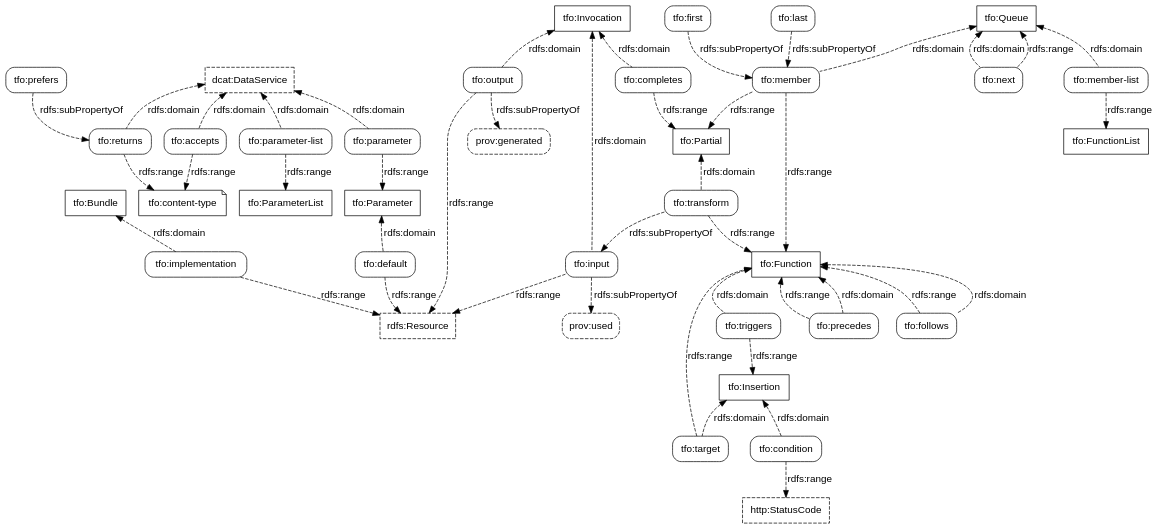
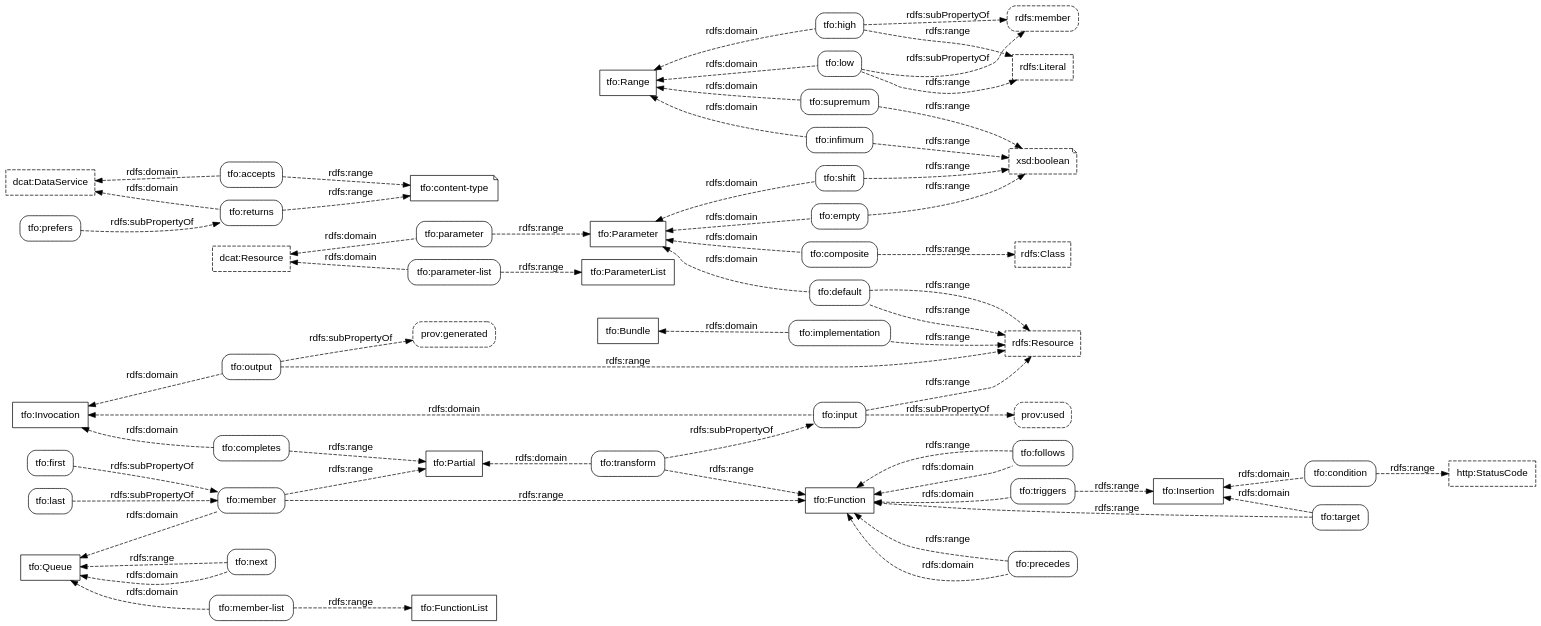
One commit to doriantaylor/owl-transformation changed the diagram in transformation-properties.dot. Above: the diagram before and after it, drawn with Graphviz. The commit also changed 3 other files, not shown here.

Commit message:
added parameter composite and range stuff

```diff
--- a/transformation-properties.dot
+++ b/transformation-properties.dot
@@ -1,138 +1,182 @@
 digraph {
-    graph [bgcolor=transparent,rankdir=TB];
+    graph [bgcolor=transparent,rankdir=LR];
     node [shape=box,style=rounded,color="#000000",fontcolor="#000000",fontname="Lucida Grande, Lucida Sans Unicode, sans-serif"];
     edge [concentrate=true,color="#000000",fontcolor="#000000",fontname="Lucida Grande, Lucida Sans Unicode, sans-serif"];
 
+    // third-party classes
     subgraph {
         node [shape=box, style=dashed];
-        rdfs_Resource [label="rdfs:Resource", target="_parent", href="https://www.w3.org/TR/rdf-schema/#ch_resource"];
+        rdfs_Resource [label="rdfs:Resource", target="_parent", href="https://www.w3.org/TR/rdf11-schema/#ch_resource"];
+        rdfs_Literal [label="rdfs:Literal", target="_parent", href="https://www.w3.org/TR/rdf11-schema/#ch_literal"];
+        rdfs_Class [label="rdfs:Class", target="_parent", href="https://www.w3.org/TR/rdf11-schema/#ch_class"];
         http_StatusCode [label="http:StatusCode", target="_parent", href="https://www.w3.org/TR/HTTP-in-RDF10/#StatusCodeClass"];
+        dcat_Resource [label="dcat:Resource" target="_parent", href="https://www.w3.org/TR/vocab-dcat-2/#Class:Resource"];
         dcat_DataService [label="dcat:DataService" target="_parent", href="https://www.w3.org/TR/vocab-dcat-2/#Class:Data_Service"];
     }
 
     // our classes
 
     subgraph {
         node [shape=box, style=""];
         tfo_Bundle [label="tfo:Bundle", target="_parent", href="https://vocab.methodandstructure.com/transformation#Bundle"];
         tfo_Function [label="tfo:Function", target="_parent", href="https://vocab.methodandstructure.com/transformation#Function"];
         tfo_Parameter [label="tfo:Parameter", target="_parent", href="https://vocab.methodandstructure.com/transformation#Parameter"];
         tfo_ParameterList [label="tfo:ParameterList", target="_parent", href="https://vocab.methodandstructure.com/transformation#ParameterList"];
+        tfo_Range [label="tfo:Range", target="_parent", href="https://vocab.methodandstructure.com/transformation#Range"];
         tfo_Queue [label="tfo:Queue", target="_parent", href="https://vocab.methodandstructure.com/transformation#Queue"];
         tfo_Insertion [label="tfo:Insertion", target="_parent", href="https://vocab.methodandstructure.com/transformation#Insertion"];
         tfo_FunctionList [label="tfo:FunctionList", target="_parent", href="https://vocab.methodandstructure.com/transformation#FunctionList"];
         tfo_Partial [label="tfo:Partial", target="_parent", href="https://vocab.methodandstructure.com/transformation#Partial"];
         tfo_Invocation [label="tfo:Invocation", target="_parent", href="https://vocab.methodandstructure.com/transformation#Invocation"];
     }
 
     // our datatypes
     subgraph {
         node [shape=note];
         tfo_content_type [label="tfo:content-type", target="_parent", href="https://vocab.methodandstructure.com/transformation#content-type"];
     }
 
+    // third-party datatypes
+    subgraph {
+        node [shape=note,style=dashed];
+	xsd_boolean   [label="xsd:boolean", target="_parent", href="https://www.w3.org/TR/xmlschema11-2/#boolean"];
+    }
+
     // third-party properties
 
     subgraph {
         node [style="dashed,rounded"];
         prov_used [label="prov:used", target="_parent", href="https://www.w3.org/TR/prov-o/#used"];
         prov_generated [label="prov:generated", target="_parent", href="https://www.w3.org/TR/prov-o/#generated"];
         // prov_wasAttributedTo [label="prov:wasAttributedTo", target="_parent", href="https://www.w3.org/TR/prov-o/#wasAttributedTo"];
+        rdfs_member [label="rdfs:member", target="_parent", href="https://www.w3.org/TR/rdf11-schema/#ch_member"];
     }
 
     // our properties
+
+    // parameter stuff
+    tfo_composite [label="tfo:composite", target="_parent", href="https://vocab.methodandstructure.com/transformation#composite"];
+    tfo_default [label="tfo:default", target="_parent", href="https://vocab.methodandstructure.com/transformation#default"];
+    tfo_empty [label="tfo:empty", target="_parent", href="https://vocab.methodandstructure.com/transformation#empty"];
+    tfo_shift [label="tfo:shift", target="_parent", href="https://vocab.methodandstructure.com/transformation#shift"];
+
+    // range stuff
+    tfo_low [label="tfo:low", target="_parent", href="https://vocab.methodandstructure.com/transformation#low"];
+    tfo_high [label="tfo:high", target="_parent", href="https://vocab.methodandstructure.com/transformation#high"];
+    tfo_infimum [label="tfo:infimum", target="_parent", href="https://vocab.methodandstructure.com/transformation#infimum"];
+    tfo_supremum [label="tfo:supremum", target="_parent", href="https://vocab.methodandstructure.com/transformation#supremum"];
 
     tfo_accepts [label="tfo:accepts", target="_parent", href="https://vocab.methodandstructure.com/transformation#accepts"];
     tfo_returns [label="tfo:returns", target="_parent", href="https://vocab.methodandstructure.com/transformation#returns"];
     tfo_prefers [label="tfo:prefers", target="_parent", href="https://vocab.methodandstructure.com/transformation#prefers"];
     tfo_implementation [label="tfo:implementation", target="_parent", href="https://vocab.methodandstructure.com/transformation#implementation"];
     tfo_parameter [label="tfo:parameter", target="_parent", href="https://vocab.methodandstructure.com/transformation#parameter"];
     tfo_parameter_list [label="tfo:parameter-list", target="_parent", href="https://vocab.methodandstructure.com/transformation#parameter-list"];
     tfo_default [label="tfo:default", target="_parent", href="https://vocab.methodandstructure.com/transformation#default"];
     tfo_triggers [label="tfo:triggers", target="_parent", href="https://vocab.methodandstructure.com/transformation#triggers"];
 
 
     tfo_completes [label="tfo:completes", target="_parent", href="https://vocab.methodandstructure.com/transformation#completes"];
     tfo_input [label="tfo:input", target="_parent", href="https://vocab.methodandstructure.com/transformation#input"];
     tfo_output [label="tfo:output", target="_parent", href="https://vocab.methodandstructure.com/transformation#output"];
     tfo_transform [label="tfo:transform", target="_parent", href="https://vocab.methodandstructure.com/transformation#transform"];
 
     tfo_member [label="tfo:member", target="_parent", href="https://vocab.methodandstructure.com/transformation#member"];
     tfo_member_list [label="tfo:member-list", target="_parent", href="https://vocab.methodandstructure.com/transformation#member-list"];
     tfo_next [label="tfo:next", target="_parent", href="https://vocab.methodandstructure.com/transformation#next"];
     tfo_precedes [label="tfo:precedes", target="_parent", href="https://vocab.methodandstructure.com/transformation#precedes"];
     tfo_follows [label="tfo:follows", target="_parent", href="https://vocab.methodandstructure.com/transformation#follows"];
     tfo_first [label="tfo:first", target="_parent", href="https://vocab.methodandstructure.com/transformation#first"];
     tfo_last [label="tfo:last", target="_parent", href="https://vocab.methodandstructure.com/transformation#last"];
     tfo_condition [label="tfo:condition", target="_parent", href="https://vocab.methodandstructure.com/transformation#condition"];
     tfo_target [label="tfo:target", target="_parent", href="https://vocab.methodandstructure.com/transformation#target"];
 
     subgraph {
         edge [style=dashed, label="rdfs:subPropertyOf"];
         tfo_prefers   -> tfo_returns;
         tfo_transform -> tfo_input -> prov_used;
         tfo_output    -> prov_generated;
 
         tfo_first -> tfo_member;
         tfo_last  -> tfo_member;
+
+	tfo_low -> rdfs_member;
+	tfo_high -> rdfs_member;
     }
 
     subgraph {
         edge [style=dashed, dir=back, label="rdfs:domain"];
         tfo_Bundle -> tfo_implementation;
         dcat_DataService -> tfo_accepts;
         dcat_DataService -> tfo_returns;
-        dcat_DataService -> tfo_parameter;
-        dcat_DataService -> tfo_parameter_list;
+        dcat_Resource -> tfo_parameter;
+        dcat_Resource -> tfo_parameter_list;
         tfo_Function  -> tfo_precedes;
         tfo_Function  -> tfo_follows;
         tfo_Function  -> tfo_triggers;
 
+        tfo_Parameter -> tfo_composite;
         tfo_Parameter -> tfo_default;
+        tfo_Parameter -> tfo_empty;
+        tfo_Parameter -> tfo_shift;
+
+	tfo_Range -> tfo_low;
+	tfo_Range -> tfo_high;
+	tfo_Range -> tfo_infimum;
+	tfo_Range -> tfo_supremum;
 
         tfo_Queue -> tfo_member;
         tfo_Queue -> tfo_member_list;
 
         tfo_Queue -> tfo_next;
 
         tfo_Insertion -> tfo_condition;
         tfo_Insertion -> tfo_target;
 
         tfo_Partial -> tfo_transform;
 
         tfo_Invocation -> tfo_completes;
         tfo_Invocation -> tfo_input;
         tfo_Invocation -> tfo_output;
     }
 
     subgraph {
         edge [style=dashed, label="rdfs:range"];
+	tfo_composite -> rdfs_Class;
+	tfo_default -> rdfs_Resource;
+	tfo_empty -> xsd_boolean;
+	tfo_shift -> xsd_boolean;
+
+	tfo_low -> rdfs_Literal;
+	tfo_high -> rdfs_Literal;
+	tfo_infimum -> xsd_boolean;
+	tfo_supremum -> xsd_boolean;
 
         tfo_accepts -> tfo_content_type;
         tfo_returns -> tfo_content_type;
 
         tfo_parameter      -> tfo_Parameter;
         tfo_parameter_list -> tfo_ParameterList;
 
         tfo_member      -> tfo_Function;
         tfo_member      -> tfo_Partial;
         tfo_member_list -> tfo_FunctionList;
 
         tfo_next -> tfo_Queue;
 
         tfo_transform -> tfo_Function;
         tfo_precedes  -> tfo_Function;
         tfo_follows   -> tfo_Function;
 
         tfo_triggers  -> tfo_Insertion;
         tfo_target    -> tfo_Function;
         tfo_condition -> http_StatusCode;
 
         tfo_completes -> tfo_Partial;
 
         tfo_implementation -> rdfs_Resource;
         tfo_default        -> rdfs_Resource;
         tfo_input          -> rdfs_Resource;
         tfo_output         -> rdfs_Resource;
     }
 }
```
